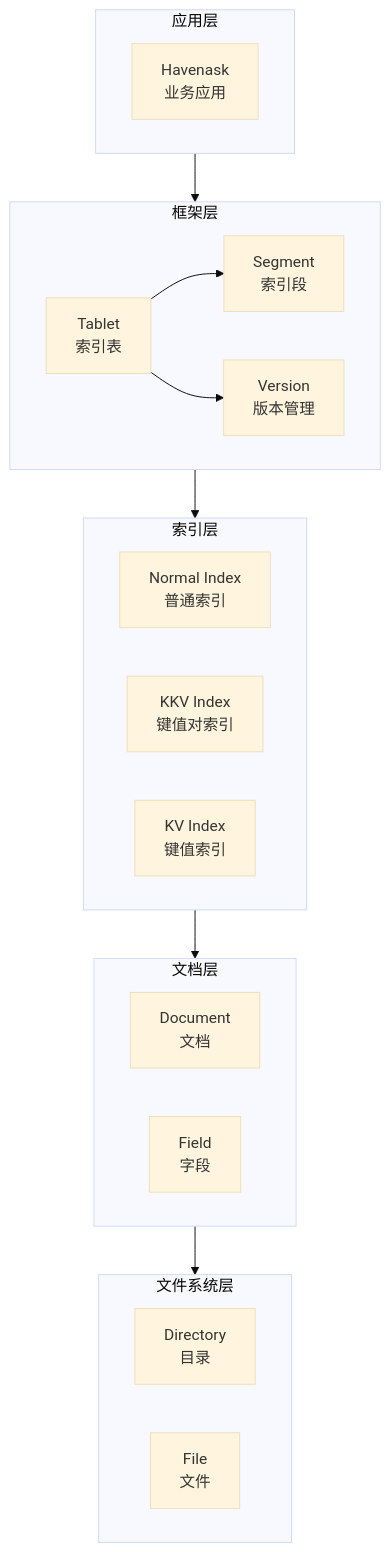
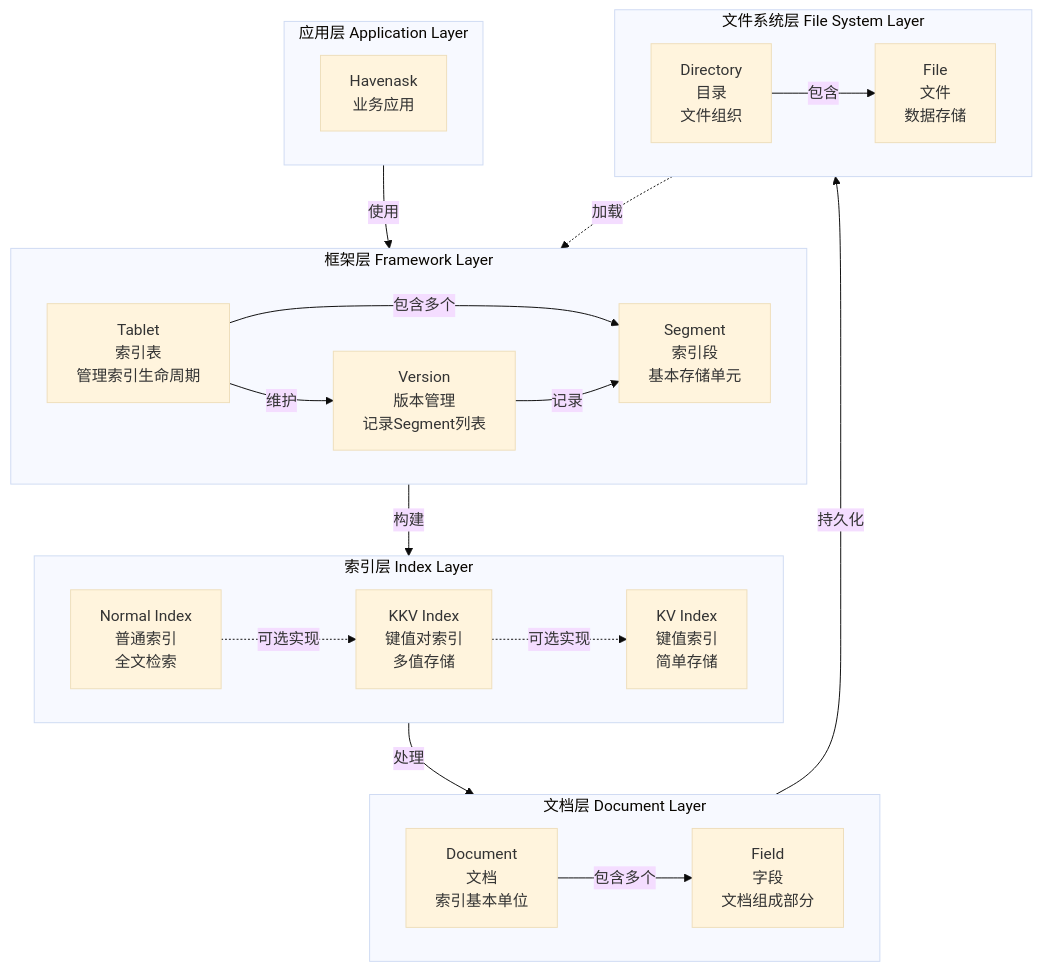
Before and after one commit to zhouzhilong-commits/zhouzhilong-commits.github.io: the first of 22 diagrams in _posts/2025-05-08-indexlib-1-architecture-overview.md, drawn with Mermaid (base theme). The commit also changed other lines of this file and 6 other files, not shown here.

````diff
--- a/_posts/2025-05-08-indexlib-1-architecture-overview.md
+++ b/_posts/2025-05-08-indexlib-1-architecture-overview.md
@@ -17,36 +17,46 @@
 ```mermaid
 flowchart TB
-    subgraph Application["应用层"]
+    subgraph Application["应用层 Application Layer"]
+        direction LR
         Havenask["Havenask<br/>业务应用"]
     end
     
-    subgraph Framework["框架层"]
-        Tablet["Tablet<br/>索引表"]
-        Segment["Segment<br/>索引段"]
-        Version["Version<br/>版本管理"]
+    subgraph Framework["框架层 Framework Layer"]
+        direction LR
+        Tablet["Tablet<br/>索引表<br/>管理索引生命周期"]
+        Segment["Segment<br/>索引段<br/>基本存储单元"]
+        Version["Version<br/>版本管理<br/>记录Segment列表"]
+        Tablet -->|包含多个| Segment
+        Tablet -->|维护| Version
+        Version -->|记录| Segment
     end
     
-    subgraph Index["索引层"]
-        Normal["Normal Index<br/>普通索引"]
-        KKV["KKV Index<br/>键值对索引"]
-        KV["KV Index<br/>键值索引"]
+    subgraph Index["索引层 Index Layer"]
+        direction LR
+        Normal["Normal Index<br/>普通索引<br/>全文检索"]
+        KKV["KKV Index<br/>键值对索引<br/>多值存储"]
+        KV["KV Index<br/>键值索引<br/>简单存储"]
+        Normal -.->|可选实现| KKV
+        KKV -.->|可选实现| KV
     end
     
-    subgraph Document["文档层"]
-        Doc["Document<br/>文档"]
-        Field["Field<br/>字段"]
+    subgraph Document["文档层 Document Layer"]
+        direction LR
+        Doc["Document<br/>文档<br/>索引基本单位"]
+        Field["Field<br/>字段<br/>文档组成部分"]
+        Doc -->|包含多个| Field
     end
     
-    subgraph FileSystem["文件系统层"]
-        Directory["Directory<br/>目录"]
-        File["File<br/>文件"]
+    subgraph FileSystem["文件系统层 File System Layer"]
+        direction LR
+        Directory["Directory<br/>目录<br/>文件组织"]
+        File["File<br/>文件<br/>数据存储"]
+        Directory -->|包含| File
     end
     
-    Application --> Framework
-    Framework --> Index
-    Index --> Document
-    Document --> FileSystem
-    
-    Tablet --> Segment
-    Tablet --> Version
+    Application -->|使用| Framework
+    Framework -->|构建| Index
+    Index -->|处理| Document
+    Document -->|持久化| FileSystem
+    FileSystem -.->|加载| Framework
 ```
````
